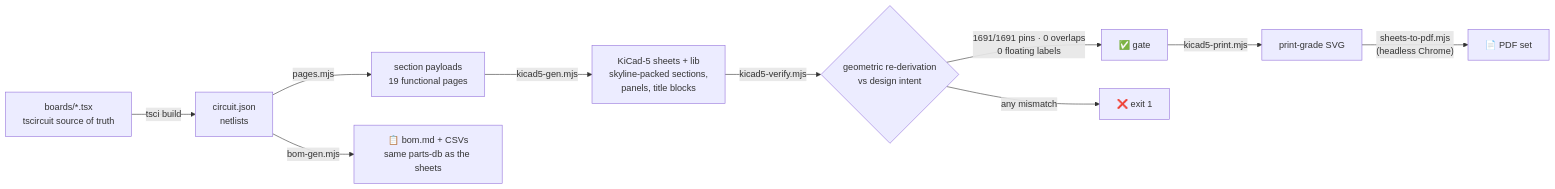
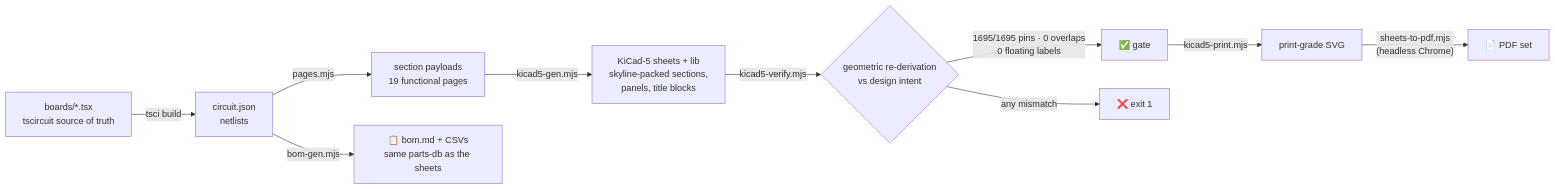
Before and after one commit to vectivolt/Traction-Inverter-GEN-1: the eighth of 9 diagrams in README.md, drawn with Mermaid. The commit also changed other lines of this file and 22 other files, not shown here.

````diff
--- a/README.md
+++ b/README.md
@@ -432,12 +432,12 @@
 ```mermaid
 flowchart LR
   TSX["boards/*.tsx<br/>tscircuit source of truth"] -->|tsci build| CJ["circuit.json<br/>netlists"]
   CJ -->|pages.mjs| PG["section payloads<br/>19 functional pages"]
   PG -->|kicad5-gen.mjs| SCH["KiCad-5 sheets + lib<br/>skyline-packed sections,<br/>panels, title blocks"]
   SCH -->|kicad5-verify.mjs| V{"geometric re-derivation<br/>vs design intent"}
-  V -->|"1691/1691 pins · 0 overlaps<br/>0 floating labels"| OK["✅ gate"]
+  V -->|"1695/1695 pins · 0 overlaps<br/>0 floating labels"| OK["✅ gate"]
   V -->|any mismatch| FAIL["❌ exit 1"]
   OK -->|kicad5-print.mjs| SVG["print-grade SVG"]
   SVG -->|"sheets-to-pdf.mjs<br/>(headless Chrome)"| PDF["📄 PDF set"]
   CJ -->|bom-gen.mjs| BOM["📋 bom.md + CSVs<br/>same parts-db as the sheets"]
 ```
````
